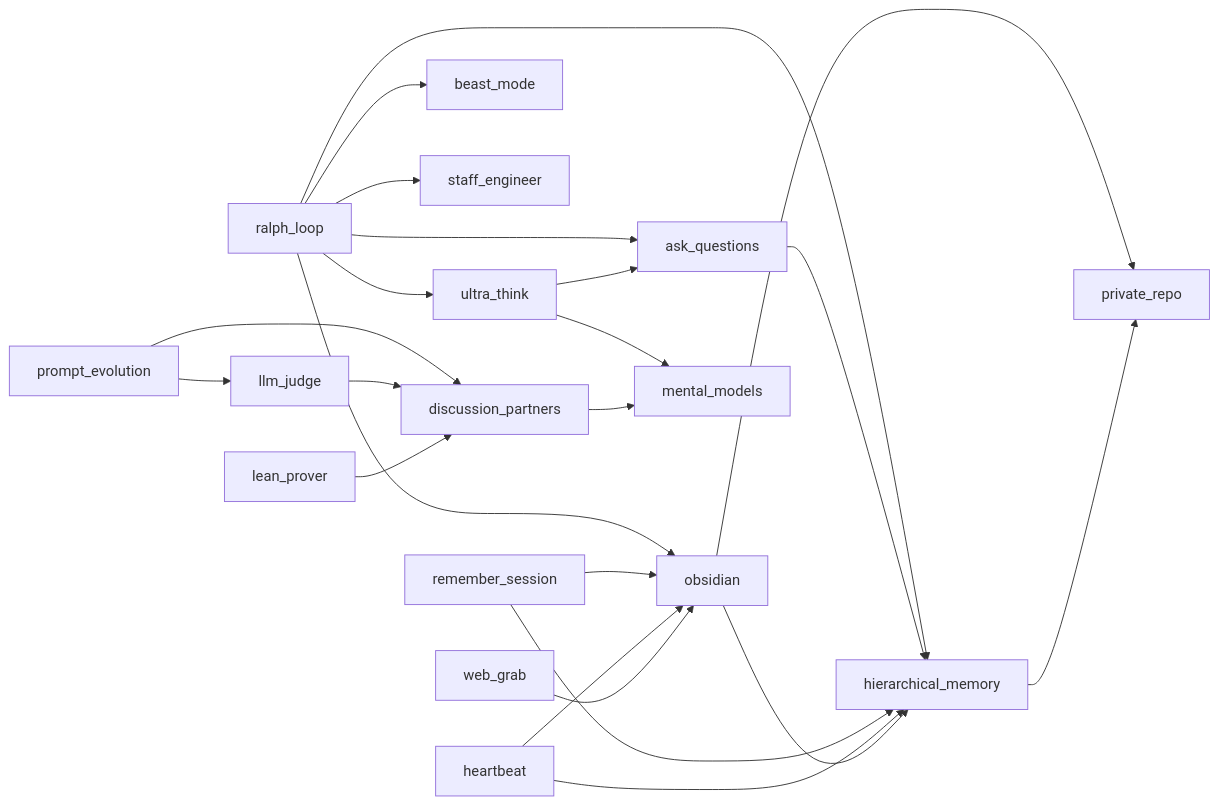
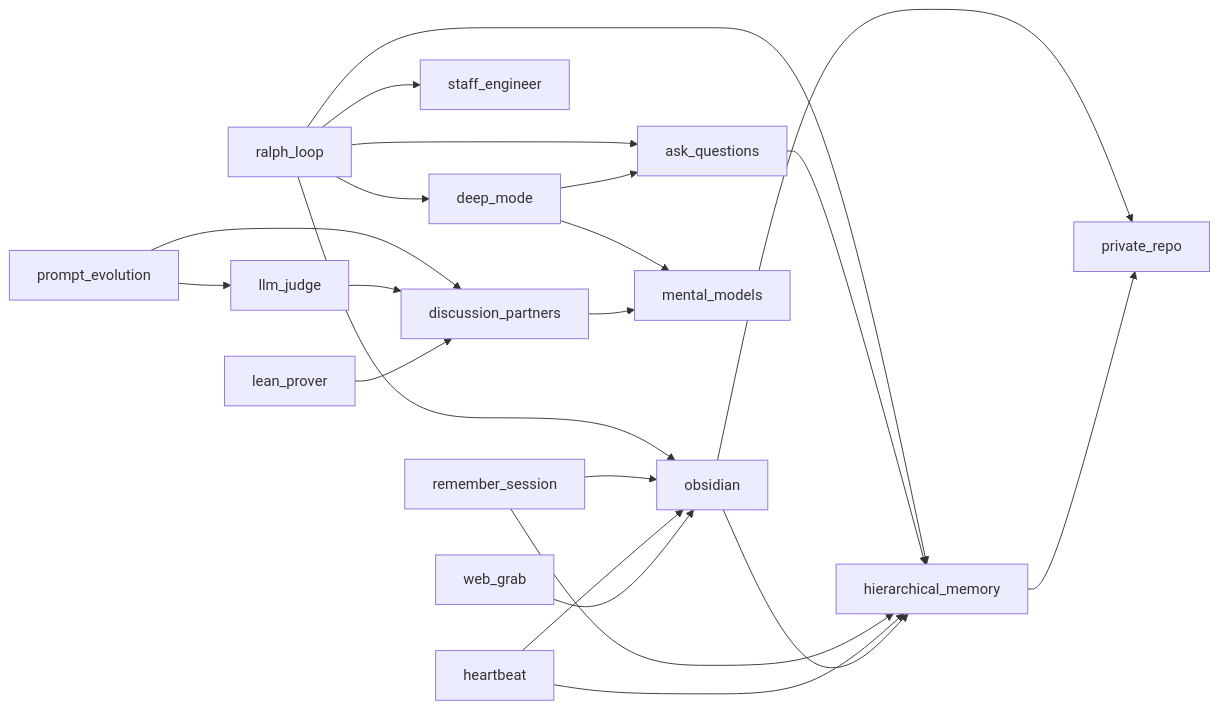
The diagram in README.md (zachmayer/skills), drawn with Mermaid before and after one commit. The commit also changed other lines of this file and 4 other files, not shown here.

First line of the commit message:
Consolidate beast_mode + ultra_think into deep_mode

````diff
--- a/README.md
+++ b/README.md
@@ -92,25 +91,24 @@
 ```mermaid
 graph LR
-    ralph_loop --> ultra_think
-    ralph_loop --> beast_mode
+    ralph_loop --> deep_mode
     ralph_loop --> staff_engineer
     ralph_loop --> ask_questions
     ralph_loop --> hierarchical_memory
     ralph_loop --> obsidian
-    ultra_think --> mental_models
-    ultra_think --> ask_questions
+    deep_mode --> mental_models
+    deep_mode --> ask_questions
     ask_questions --> hierarchical_memory
     prompt_evolution --> discussion_partners
     prompt_evolution --> llm_judge
     llm_judge --> discussion_partners
     discussion_partners --> mental_models
     remember_session --> hierarchical_memory
     remember_session --> obsidian
     heartbeat --> hierarchical_memory
     heartbeat --> obsidian
     obsidian --> hierarchical_memory
     obsidian --> private_repo
     hierarchical_memory --> private_repo
     web_grab --> obsidian
     lean_prover --> discussion_partners
 ```
````
